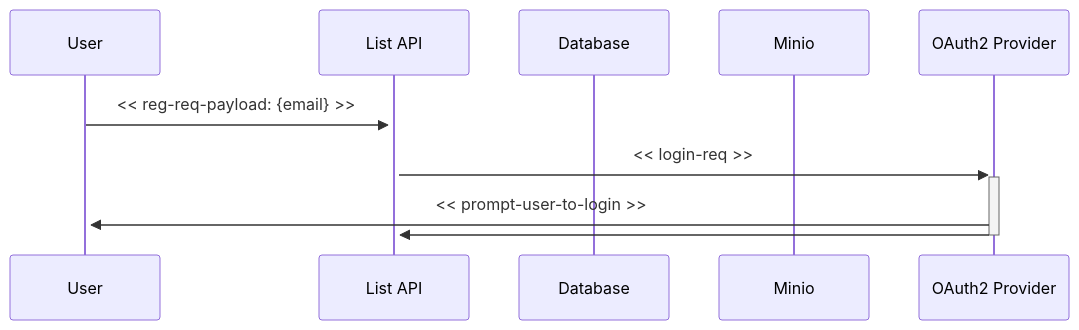
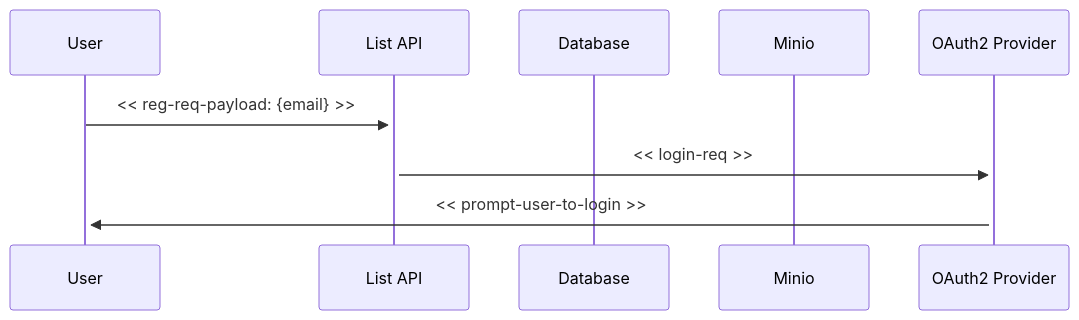
Before and after one commit to stiproot/ggl-assessment: the second of 2 diagrams in README.md, drawn with Mermaid. The commit also changed other lines of this file and 32 other files, not shown here.

Commit message:
feat:ERD to README + aligning db init scripts.

````diff
--- a/README.md
+++ b/README.md
@@ -12,18 +80,14 @@
 ```mermaid
 sequenceDiagram
 
   participant usr as User
   participant lstApi as List API
   participant db as Database
   participant files as Minio
   participant oauth2 as OAuth2 Provider
 
   usr ->>+ lstApi: << reg-req-payload: {email} >>
   lstApi ->>+ oauth2: << login-req >>
   oauth2 ->>+ usr: << prompt-user-to-login >>
 
-  oauth2 ->>- lstApi:
-
-
-
 ```
````
